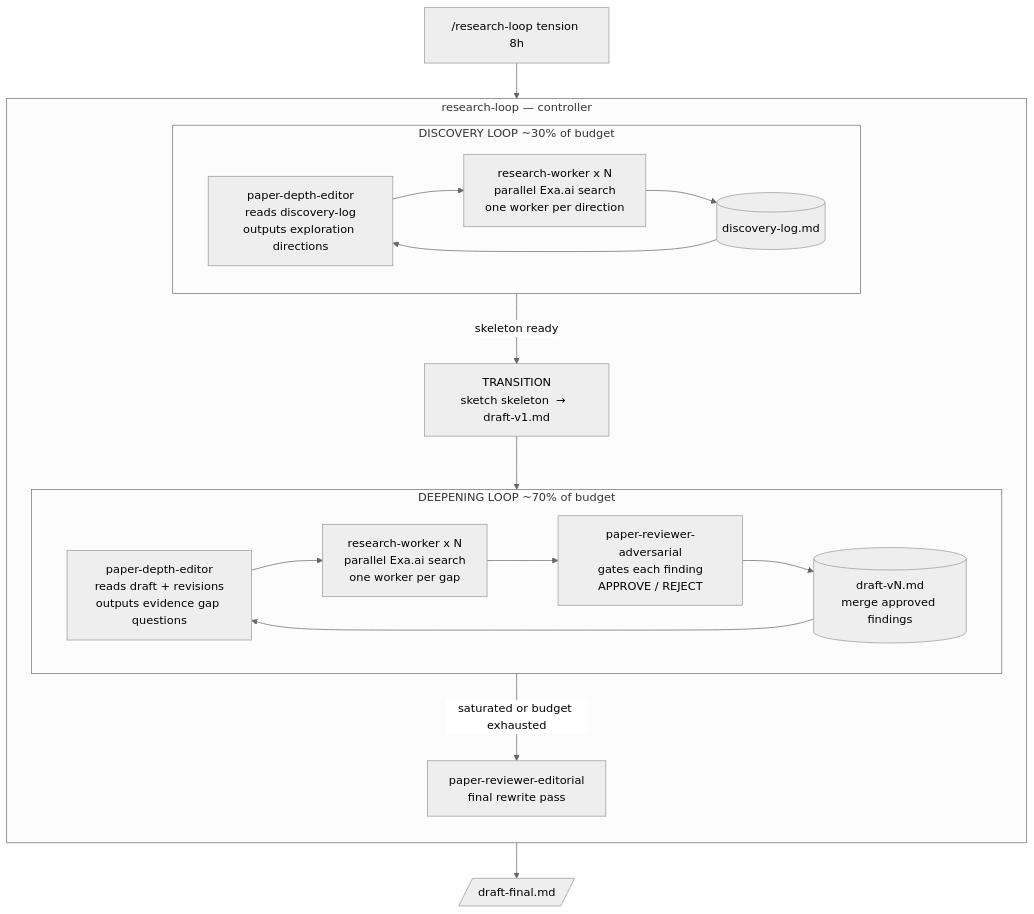
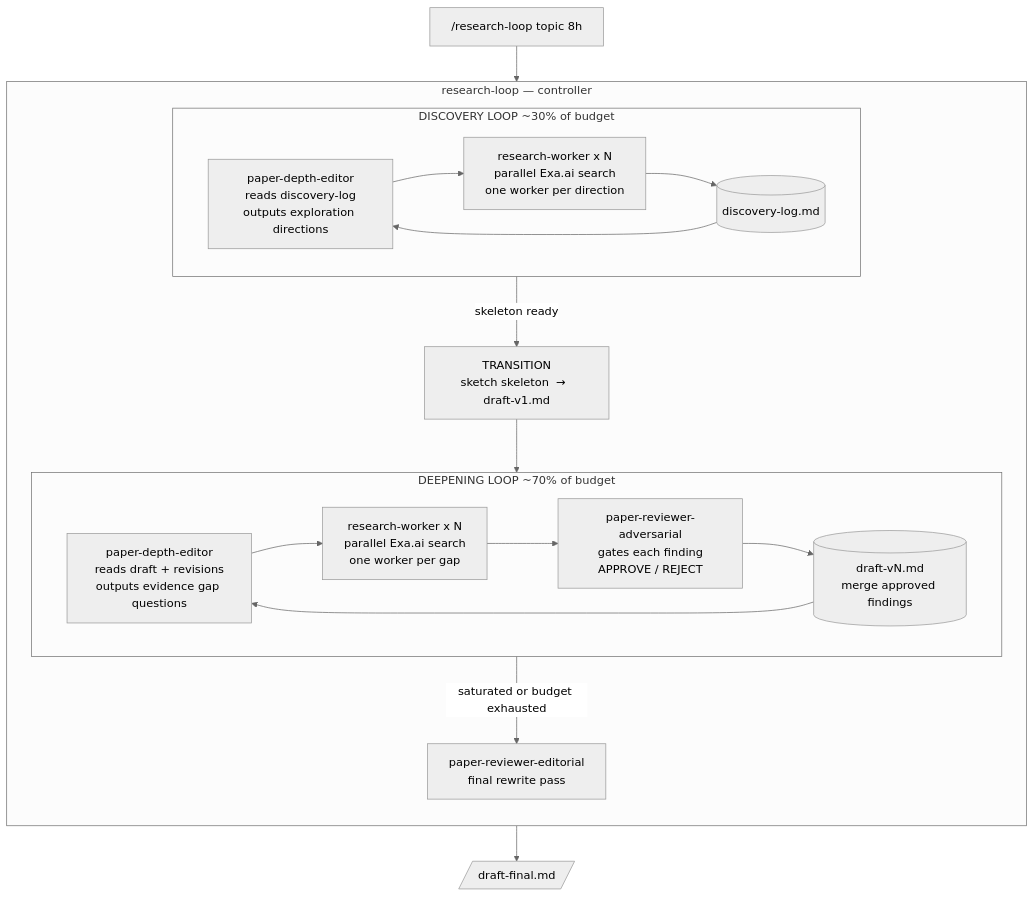
The diagram in README.md (cbaihao/deep-research), drawn with Mermaid (neutral theme) before and after one commit. The commit also changed other lines of this file, not shown here.

Commit message:
Simplify README: topic over tension, minimal usage example

````diff
--- a/README.md
+++ b/README.md
@@ -46,33 +30,33 @@
 ```mermaid
 flowchart TD
-    START["/research-loop tension 8h"]
+    START["/research-loop topic 8h"]
     START --> CONTROLLER
 
     subgraph CONTROLLER["research-loop  —  controller"]
         direction TB
 
         subgraph DISC["DISCOVERY LOOP  ~30% of budget"]
             D1["paper-depth-editor\nreads discovery-log\noutputs exploration directions"]
             D2["research-worker x N\nparallel Exa.ai search\none worker per direction"]
             D3[("discovery-log.md")]
             D1 --> D2 --> D3 --> D1
         end
 
         TRANSITION["TRANSITION\nsketch skeleton  →  draft-v1.md"]
 
         subgraph DEEP["DEEPENING LOOP  ~70% of budget"]
             P1["paper-depth-editor\nreads draft + revisions\noutputs evidence gap questions"]
             P2["research-worker x N\nparallel Exa.ai search\none worker per gap"]
             P3["paper-reviewer-adversarial\ngates each finding\nAPPROVE / REJECT"]
             P4[("draft-vN.md\nmerge approved findings")]
             P1 --> P2 --> P3 --> P4 --> P1
         end
 
         EDITORIAL["paper-reviewer-editorial\nfinal rewrite pass"]
 
         DISC -->|"skeleton ready"| TRANSITION --> DEEP
         DEEP -->|"saturated or budget exhausted"| EDITORIAL
     end
 
     EDITORIAL --> FINAL[/"draft-final.md"/]
 ```
````
